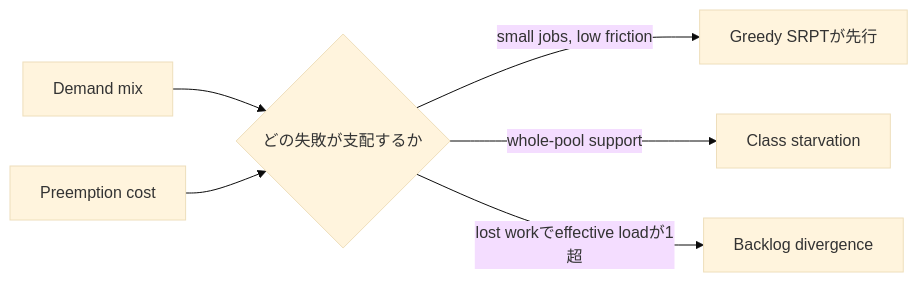
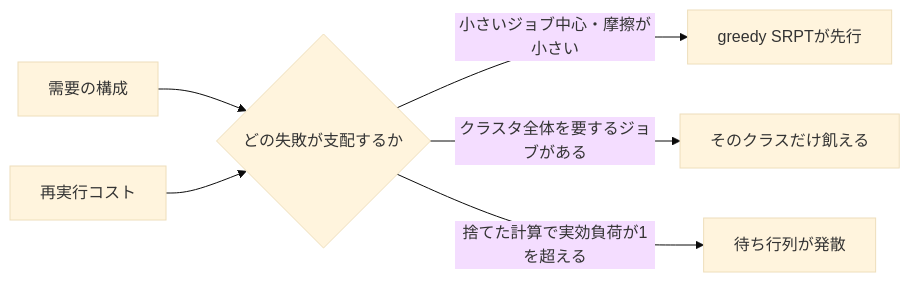
Before and after one commit to kbmt327-dev/scientific-os-research: the first of 2 diagrams in content/ja/research/gpu-scheduling/index.md, drawn with Mermaid (base theme). The commit also changed other lines of this file and 45 other files, not shown here.

````diff
--- a/content/ja/research/gpu-scheduling/index.md
+++ b/content/ja/research/gpu-scheduling/index.md
@@ -43,8 +49,8 @@
 ```mermaid
 flowchart LR
-  M[Demand mix] --> R{どの失敗が支配するか}
-  C[Preemption cost] --> R
-  R -->|small jobs, low friction| G[Greedy SRPTが先行]
-  R -->|whole-pool support| S[Class starvation]
-  R -->|lost workでeffective loadが1超| D[Backlog divergence]
+  M[需要の構成] --> R{どの失敗が支配するか}
+  C[再実行コスト] --> R
+  R -->|小さいジョブ中心・摩擦が小さい| G[greedy SRPTが先行]
+  R -->|クラスタ全体を要するジョブがある| S[そのクラスだけ飢える]
+  R -->|捨てた計算で実効負荷が1を超える| D[待ち行列が発散]
 ```
````
